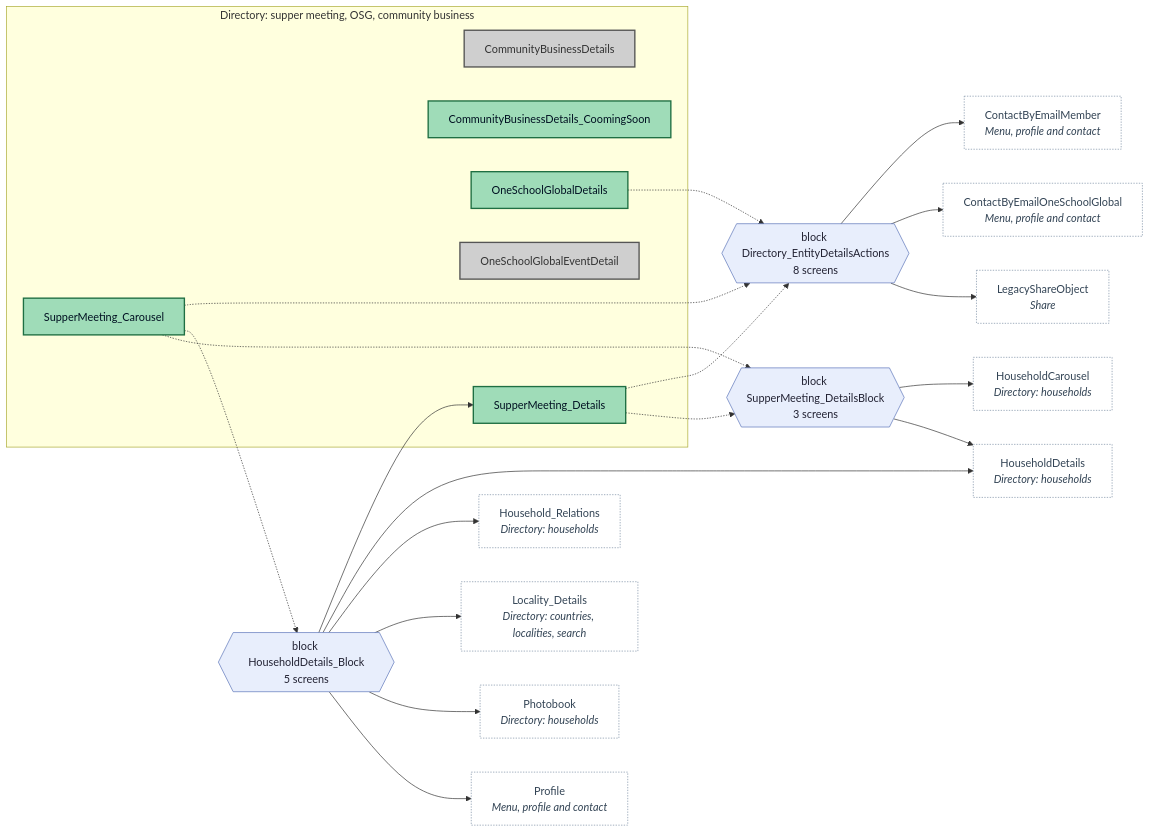
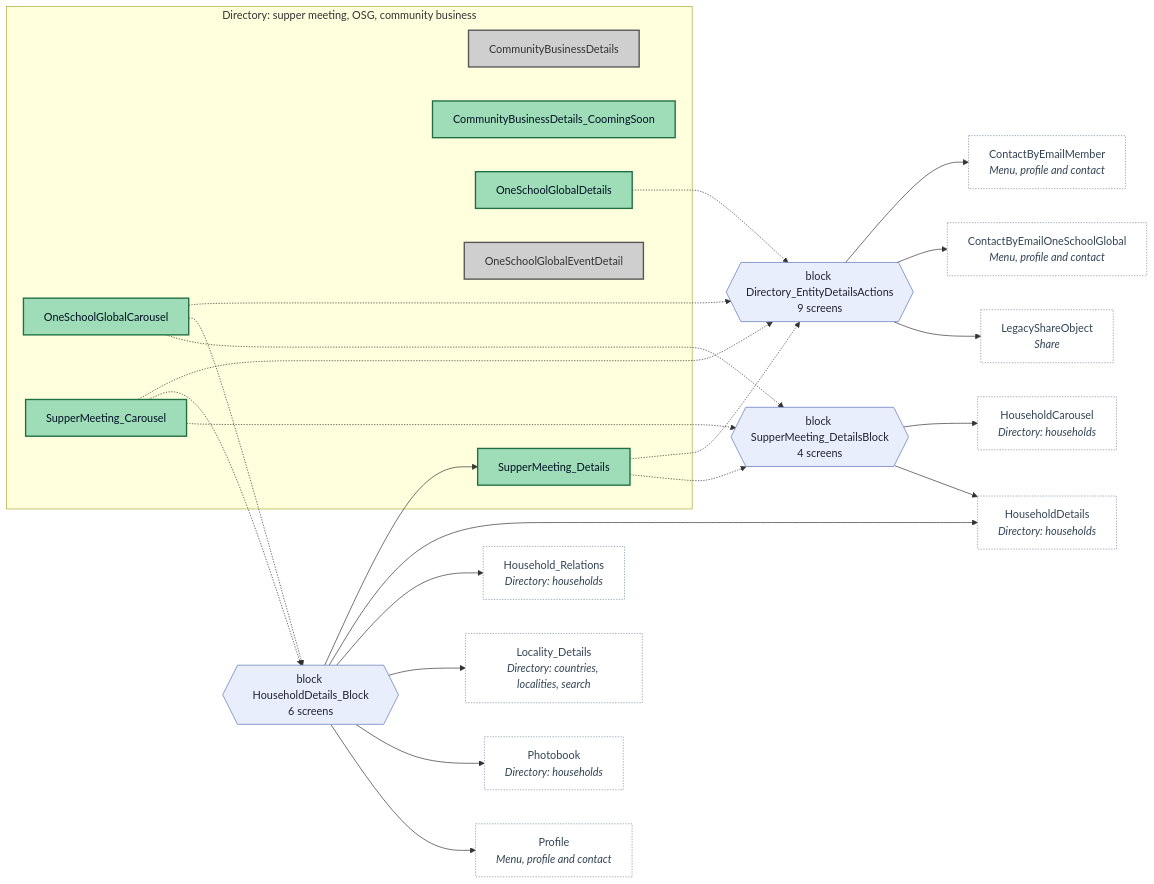
One commit to Phoenix-DX/connect-new-ui changed the seventh of 14 diagrams in migration/sitemap.md. Above: the diagram before and after it, drawn with Mermaid. The commit also changed other lines of this file and 15 other files, not shown here.

````diff
--- a/migration/sitemap.md
+++ b/migration/sitemap.md
@@ -420,47 +449,51 @@
 ```mermaid
 flowchart LR
   classDef build fill:#9fdcb8,stroke:#1f6f43,color:#012,stroke-width:2px
   classDef skip fill:#cfcfcf,stroke:#555555,color:#333,stroke-width:2px
   classDef pbuild fill:#e3f5ea,stroke:#2e8b57,color:#123,stroke-dasharray:4 3
   classDef decide fill:#fff1c9,stroke:#c99700,color:#321,stroke-dasharray:4 3
   classDef pskip fill:#f2f2f2,stroke:#999999,color:#666,stroke-dasharray:4 3
   classDef ext fill:#ffffff,stroke:#7a8ca3,color:#345,stroke-dasharray:2 2
   classDef hub fill:#e8eefc,stroke:#5b74b8,color:#223
   subgraph AREA["Directory: supper meeting, OSG, community business"]
     CommunityBusinessDetails["CommunityBusinessDetails"]:::skip
     CommunityBusinessDetails_CoomingSoon["CommunityBusinessDetails_CoomingSoon"]:::build
+    OneSchoolGlobalCarousel["OneSchoolGlobalCarousel"]:::build
     OneSchoolGlobalDetails["OneSchoolGlobalDetails"]:::build
     OneSchoolGlobalEventDetail["OneSchoolGlobalEventDetail"]:::skip
     SupperMeeting_Carousel["SupperMeeting_Carousel"]:::build
     SupperMeeting_Details["SupperMeeting_Details"]:::build
   end
   ContactByEmailMember["ContactByEmailMember<br/><i>Menu, profile and contact</i>"]:::ext
   ContactByEmailOneSchoolGlobal["ContactByEmailOneSchoolGlobal<br/><i>Menu, profile and contact</i>"]:::ext
   HouseholdCarousel["HouseholdCarousel<br/><i>Directory: households</i>"]:::ext
   HouseholdDetails["HouseholdDetails<br/><i>Directory: households</i>"]:::ext
   Household_Relations["Household_Relations<br/><i>Directory: households</i>"]:::ext
   LegacyShareObject["LegacyShareObject<br/><i>Share</i>"]:::ext
   Locality_Details["Locality_Details<br/><i>Directory: countries, localities, search</i>"]:::ext
   Photobook["Photobook<br/><i>Directory: households</i>"]:::ext
   Profile["Profile<br/><i>Menu, profile and contact</i>"]:::ext
-  H0{{"block Directory_EntityDetailsActions<br/>8 screens"}}:::hub
-  H1{{"block HouseholdDetails_Block<br/>5 screens"}}:::hub
-  H2{{"block SupperMeeting_DetailsBlock<br/>3 screens"}}:::hub
+  H0{{"block Directory_EntityDetailsActions<br/>9 screens"}}:::hub
+  H1{{"block HouseholdDetails_Block<br/>6 screens"}}:::hub
+  H2{{"block SupperMeeting_DetailsBlock<br/>4 screens"}}:::hub
+  OneSchoolGlobalCarousel -.-> H0
+  OneSchoolGlobalCarousel -.-> H1
+  OneSchoolGlobalCarousel -.-> H2
   OneSchoolGlobalDetails -.-> H0
   SupperMeeting_Carousel -.-> H0
   SupperMeeting_Carousel -.-> H1
   SupperMeeting_Carousel -.-> H2
   SupperMeeting_Details -.-> H0
   SupperMeeting_Details -.-> H2
   H0 --> ContactByEmailMember
   H0 --> ContactByEmailOneSchoolGlobal
   H0 --> LegacyShareObject
   H1 --> HouseholdDetails
   H1 --> Household_Relations
   H1 --> Locality_Details
   H1 --> Photobook
   H1 --> Profile
   H1 --> SupperMeeting_Details
   H2 --> HouseholdCarousel
   H2 --> HouseholdDetails
 ```
````
